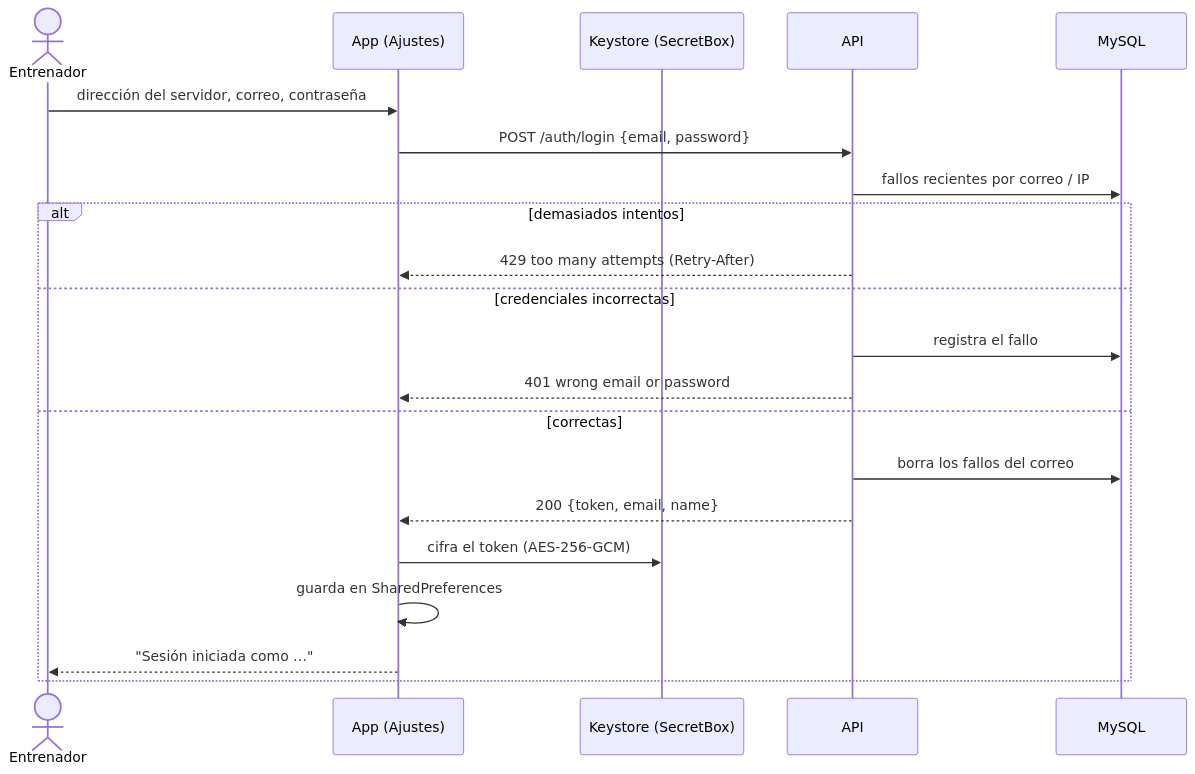
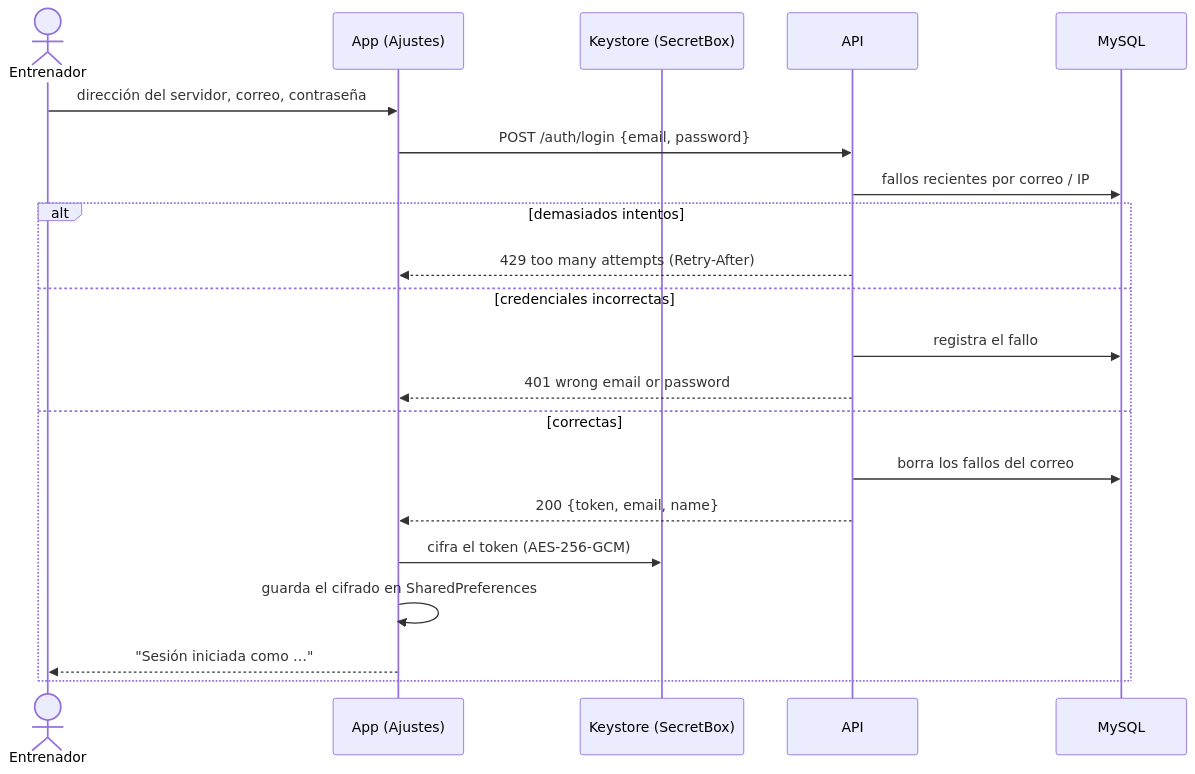
Before and after one commit to pepemxl/meta-ai-hackathon-2026: the first of 7 diagrams in docs/arquitectura/04-flujos.md, drawn with Mermaid. The commit also changed other lines of this file and 16 other files, not shown here.

````diff
--- a/docs/arquitectura/04-flujos.md
+++ b/docs/arquitectura/04-flujos.md
@@ -9,24 +7,24 @@
 ```mermaid
 sequenceDiagram
     actor E as Entrenador
     participant A as App (Ajustes)
     participant K as Keystore (SecretBox)
     participant API as API
     participant DB as MySQL
 
     E->>A: dirección del servidor, correo, contraseña
     A->>API: POST /auth/login {email, password}
     API->>DB: fallos recientes por correo / IP
     alt demasiados intentos
         API-->>A: 429 too many attempts (Retry-After)
     else credenciales incorrectas
         API->>DB: registra el fallo
         API-->>A: 401 wrong email or password
     else correctas
         API->>DB: borra los fallos del correo
         API-->>A: 200 {token, email, name}
         A->>K: cifra el token (AES-256-GCM)
-        A->>A: guarda en SharedPreferences
+        A->>A: guarda el cifrado en SharedPreferences
         A-->>E: "Sesión iniciada como …"
     end
 ```
````
